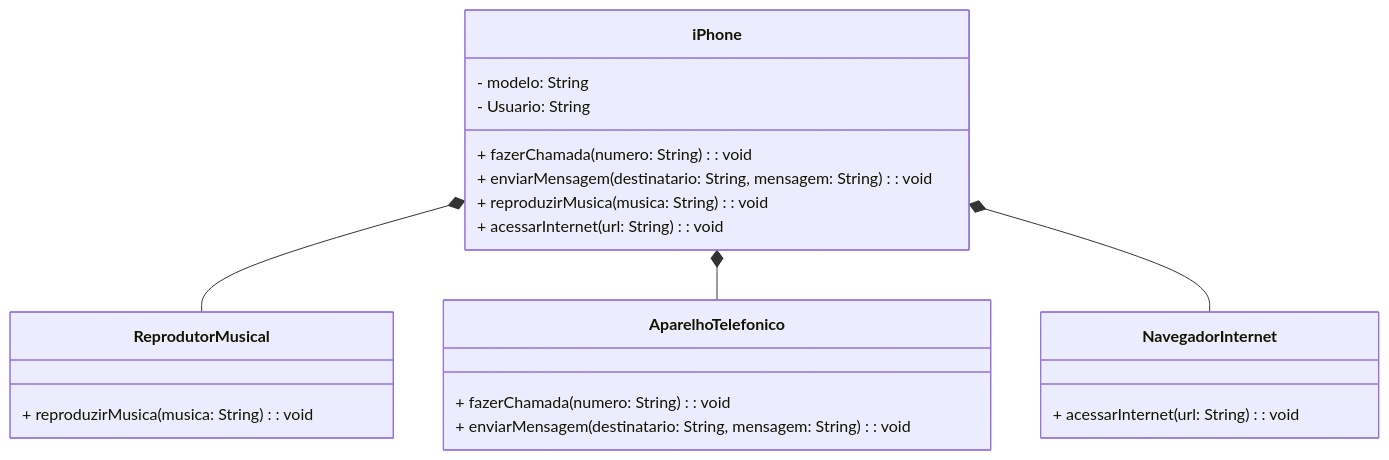
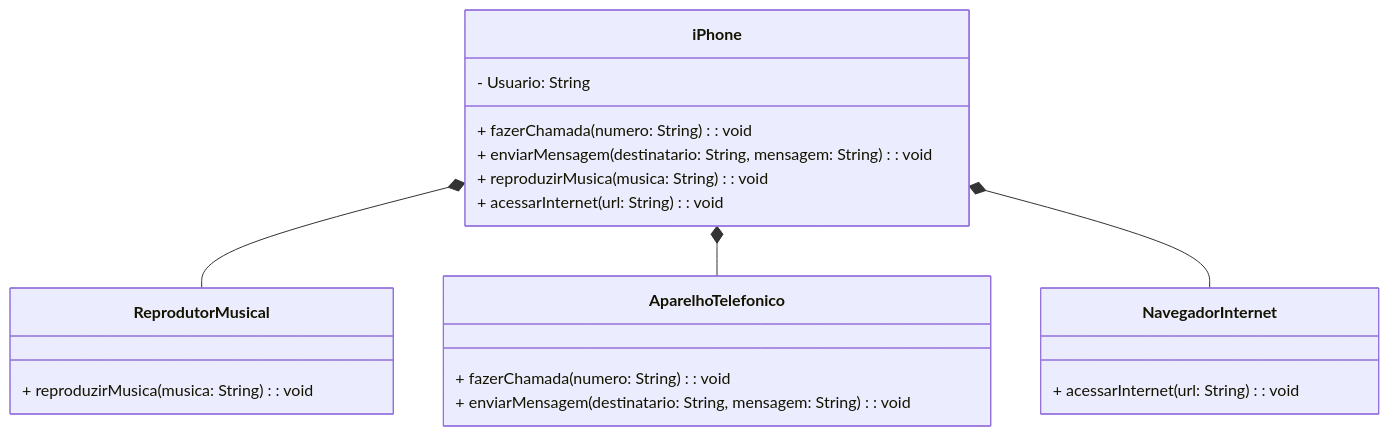
Before and after one commit to Silvanors/BC-Santander-DesafioClasses-Iphone: the diagram in README.md, drawn with Mermaid.

````diff
--- a/README.md
+++ b/README.md
@@ -1,29 +1,28 @@
 ```mermaid
 classDiagram
     class iPhone {
-        - modelo: String
         - Usuario: String
         + fazerChamada(numero: String): void
         + enviarMensagem(destinatario: String, mensagem: String): void
         + reproduzirMusica(musica: String): void
         + acessarInternet(url: String): void
     }
 
     class ReprodutorMusical {
         + reproduzirMusica(musica: String): void
     }
 
     class AparelhoTelefonico {
         + fazerChamada(numero: String): void
         + enviarMensagem(destinatario: String, mensagem: String): void
     }
 
     class NavegadorInternet {
         + acessarInternet(url: String): void
     }
 
     iPhone *-- ReprodutorMusical
     iPhone *-- AparelhoTelefonico
     iPhone *-- NavegadorInternet
 
 ```
````
